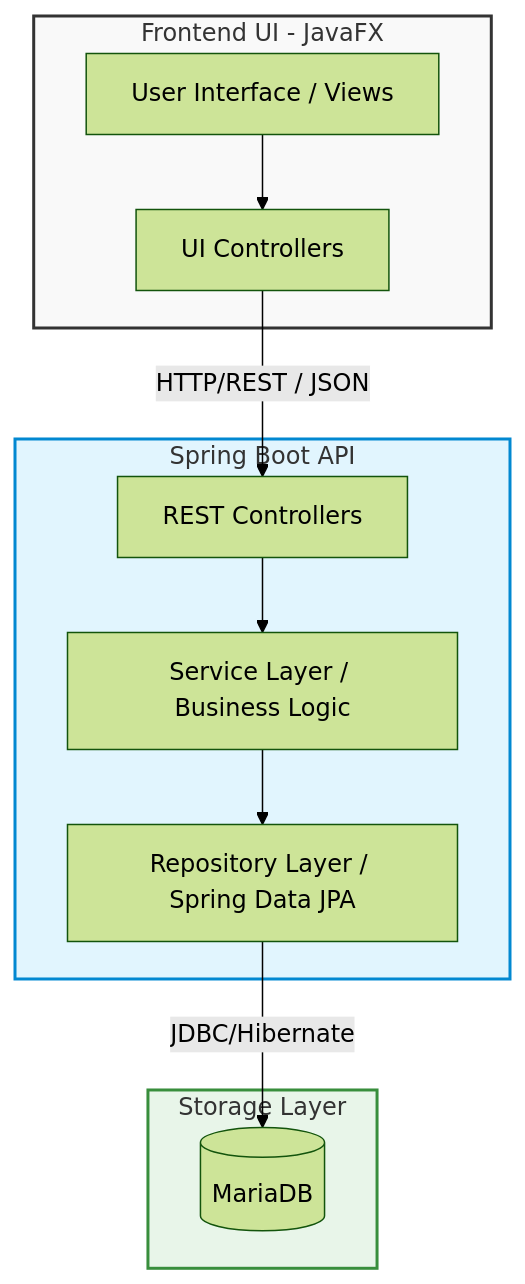
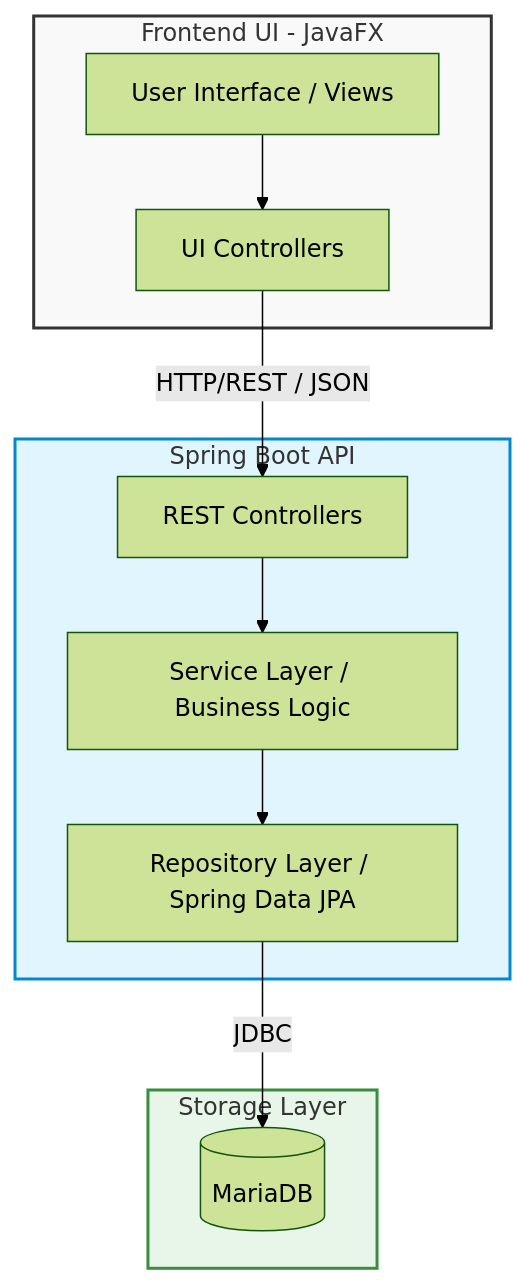
The diagram in README.md (yuvanvishnupandi/Finance_Tracker_APP), drawn with Mermaid (forest theme) before and after one commit.

````diff
--- a/README.md
+++ b/README.md
@@ -23,28 +23,28 @@
 ```mermaid
 graph TD
     subgraph Client [Frontend UI - JavaFX]
         UI[User Interface / Views]
         Controllers[UI Controllers]
         UI --> Controllers
     end
 
     subgraph Backend [Spring Boot API]
         REST[REST Controllers]
         Service[Service Layer / Business Logic]
         Repo[Repository Layer / Spring Data JPA]
         
         REST --> Service
         Service --> Repo
     end
 
     subgraph Database [Storage Layer]
         DB[(MariaDB)]
     end
 
     Controllers -- "HTTP/REST / JSON" --> REST
-    Repo -- "JDBC/Hibernate" --> DB
+    Repo -- "JDBC" --> DB
 
     style Client fill:#f9f9f9,stroke:#333,stroke-width:2px
     style Backend fill:#e1f5fe,stroke:#0288d1,stroke-width:2px
     style Database fill:#e8f5e9,stroke:#388e3c,stroke-width:2px
 ```
````
